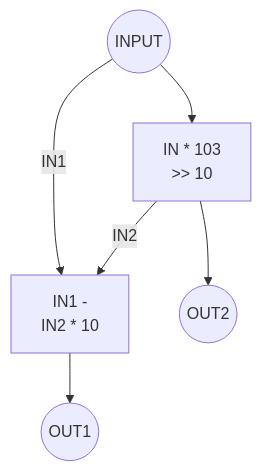
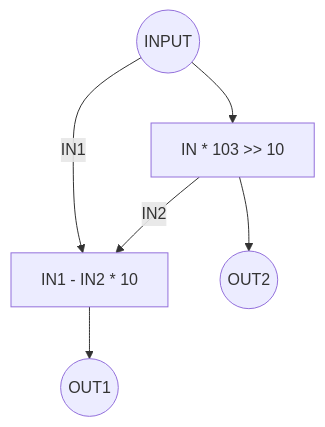
The second of 3 diagrams in readme.md (rauaap/quartime), drawn with Mermaid before and after one commit. The commit also changed other lines of this file, not shown here.

Commit message:
remove "newlines" from mermaid graph nodes in readme

````diff
--- a/readme.md
+++ b/readme.md
@@ -33,14 +33,14 @@
 ```mermaid
 graph TB
     input((INPUT))
-    d1["IN * 103\n >> 10"]
-    sub1["IN1 - \n IN2 * 10"]
+    d1["IN * 103 >> 10"]
+    sub1["IN1 - IN2 * 10"]
     out1((OUT1))
     out2((OUT2))
 
     input --> d1
     input -->|IN1| sub1
     d1 -->|IN2| sub1
     sub1 --> out1
     d1 --> out2
 ```
````
